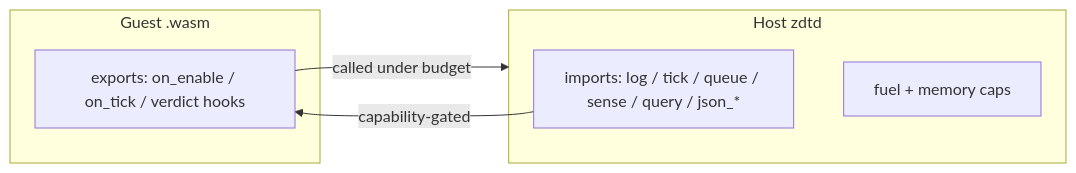
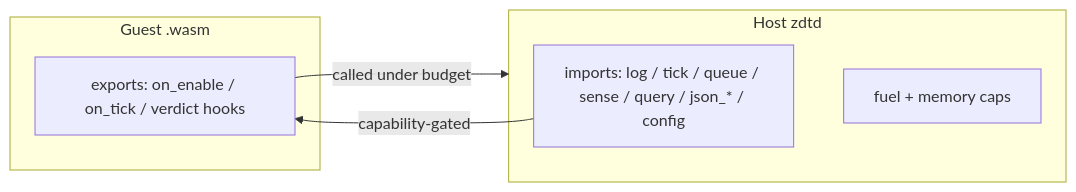
Before and after one commit to hordeforge/zdtd-server: the first of 2 diagrams in docs/PLUGIN_API.md, drawn with Mermaid.

Commit message:
docs: PLUGIN_API boundary diagram lists the config import

````diff
--- a/docs/PLUGIN_API.md
+++ b/docs/PLUGIN_API.md
@@ -75,13 +75,13 @@
 ```mermaid
 flowchart LR
     subgraph Guest[Guest .wasm]
       E[exports: on_enable / on_tick / verdict hooks]
     end
     subgraph Host[Host zdtd]
-      I[imports: log / tick / queue / sense / query / json_*]
+      I[imports: log / tick / queue / sense / query / json_* / config]
       Budgets[fuel + memory caps]
     end
     E -->|called under budget| Host
     I -->|capability-gated| E
     Host --- Budgets
 ```
````
